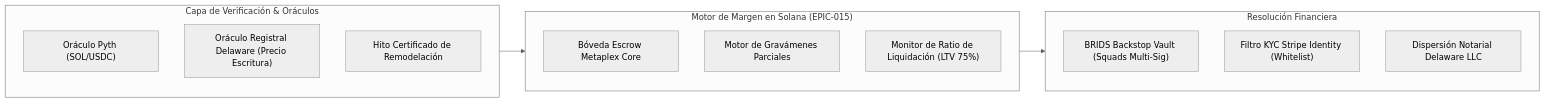
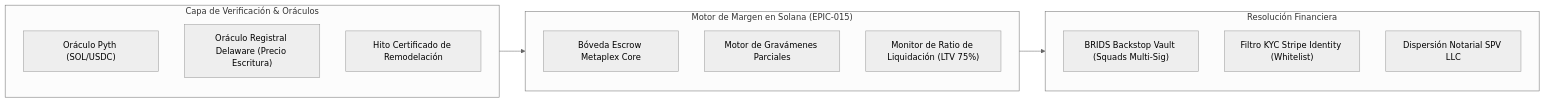
Before and after one commit to jeisonsosablockdev/BRIDS-KNOWLEDGE-FORT: the second of 2 diagrams in BRIDS-Brain/00 Inbox/Specs/epic-015-rwa-yield-bearing-margin-collateral-work/draft_cycle_2.md, drawn with Mermaid (neutral theme). The commit also changed other lines of this file and 39 other files, not shown here.

````diff
--- a/BRIDS-Brain/00 Inbox/Specs/epic-015-rwa-yield-bearing-margin-collateral-work/draft_cycle_2.md
+++ b/BRIDS-Brain/00 Inbox/Specs/epic-015-rwa-yield-bearing-margin-collateral-work/draft_cycle_2.md
@@ -105,23 +105,23 @@
 ```mermaid
 graph LR
     subgraph Oraculo_Riesgo["Capa de Verificación & Oráculos"]
         Pyth["Oráculo Pyth (SOL/USDC)"]
         DeedDoc["Oráculo Registral Delaware (Precio Escritura)"]
         Inspection["Hito Certificado de Remodelación"]
     end
 
     subgraph Motor_Margen["Motor de Margen en Solana (EPIC-015)"]
         Vault["Bóveda Escrow Metaplex Core"]
         LienEngine["Motor de Gravámenes Parciales"]
         RiskEngine["Monitor de Ratio de Liquidación (LTV 75%)"]
     end
 
     subgraph Liquidacion_Respaldo["Resolución Financiera"]
         BackstopVault["BRIDS Backstop Vault (Squads Multi-Sig)"]
         StripeID["Filtro KYC Stripe Identity (Whitelist)"]
-        SPV_Distribution["Dispersión Notarial Delaware LLC"]
+        SPV_Distribution["Dispersión Notarial SPV LLC"]
     end
 
     Oraculo_Riesgo --> Motor_Margen
     Motor_Margen --> Liquidacion_Respaldo
 ```
````
